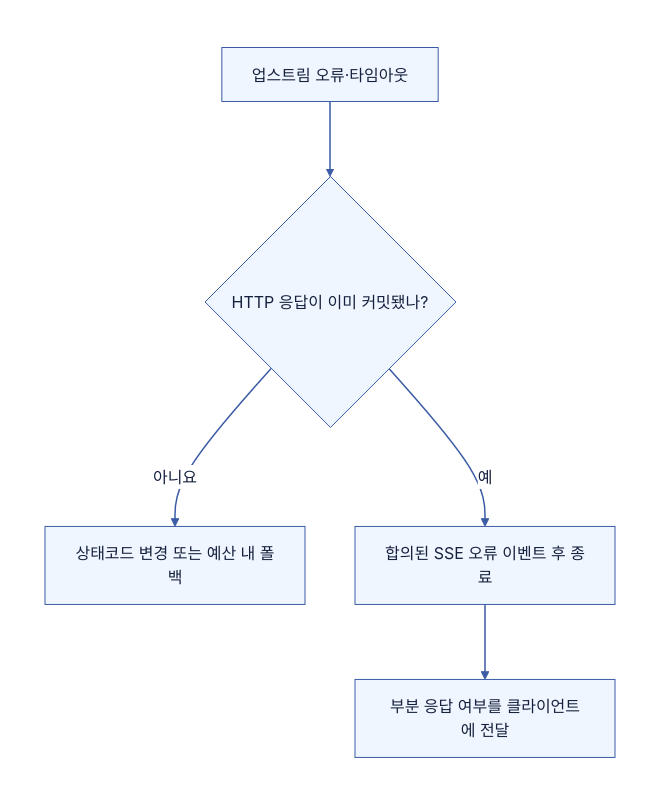
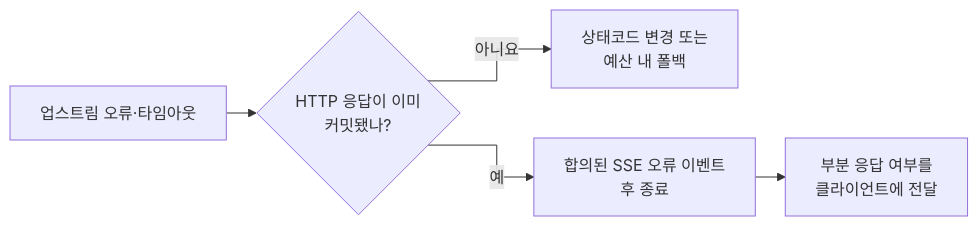
Before and after one commit to Hyune-s-lab/my-ai-study: the fifth of 5 diagrams in computer-science/2606-모의면접-timeout.md, drawn with Mermaid. The commit also changed other lines of this file and 49 other files, not shown here.

Commit message:
docs: 단순 다이어그램은 Mermaid로, 복잡한 배치는 SVG로 정리

````diff
--- a/computer-science/2606-모의면접-timeout.md
+++ b/computer-science/2606-모의면접-timeout.md
@@ -404,18 +299,13 @@
 ```mermaid
-flowchart TD
-%%{init: {"theme": "base", "darkMode": false, "themeVariables": {"background": "#ffffff", "primaryColor": "#EFF6FF", "primaryTextColor": "#16213E", "primaryBorderColor": "#3B5BA5", "secondaryColor": "#F0FDF4", "tertiaryColor": "#FAF5FF", "lineColor": "#3B5BA5", "textColor": "#16213E", "edgeLabelBackground": "#ffffff", "clusterBkg": "#F8FAFC", "clusterBorder": "#CBD5E1"}}}%%
-  subgraph canvas[" "]
-    direction TD
-    error["업스트림 오류·타임아웃"] --> committed{"HTTP 응답이 이미 커밋됐나?"}
-    committed -->|"아니요"| before["상태코드 변경 또는 예산 내 폴백"]
-    committed -->|"예"| after["합의된 SSE 오류 이벤트 후 종료"]
-    after --> partial["부분 응답 여부를 클라이언트에 전달"]
-  end
-  style canvas fill:#ffffff,stroke:#ffffff,color:#111827
-  linkStyle default stroke:#3B5BA5,stroke-width:1.5px
-  classDef app fill:#EFF6FF,stroke:#3B5BA5,stroke-width:1px,color:#16213E
-  class error,committed,before,after,partial app
-  classDef db fill:#F0FDF4,stroke:#3F8E55,stroke-width:1px,color:#16213E
-  classDef policy fill:#FAF5FF,stroke:#A855F7,stroke-width:1px,color:#16213E
-  classDef worker fill:#FFF7ED,stroke:#C98A2B,stroke-width:1px,color:#16213E
+flowchart LR
+%%{init: {"flowchart": {"curve": "stepAfter", "wrappingWidth": 400, "rankSpacing": 30}}}%%
+  n_error["업스트림 오류·타임아웃"]
+  n_committed{"HTTP 응답이 이미<br/>커밋됐나?"}
+  n_before["상태코드 변경 또는<br/>예산 내 폴백"]
+  n_after["합의된 SSE 오류 이벤트<br/>후 종료"]
+  n_partial["부분 응답 여부를<br/>클라이언트에 전달"]
+  n_error --> n_committed
+  n_committed -->|"아니요"| n_before
+  n_committed -->|"예"| n_after
+  n_after --> n_partial
 ```
````
